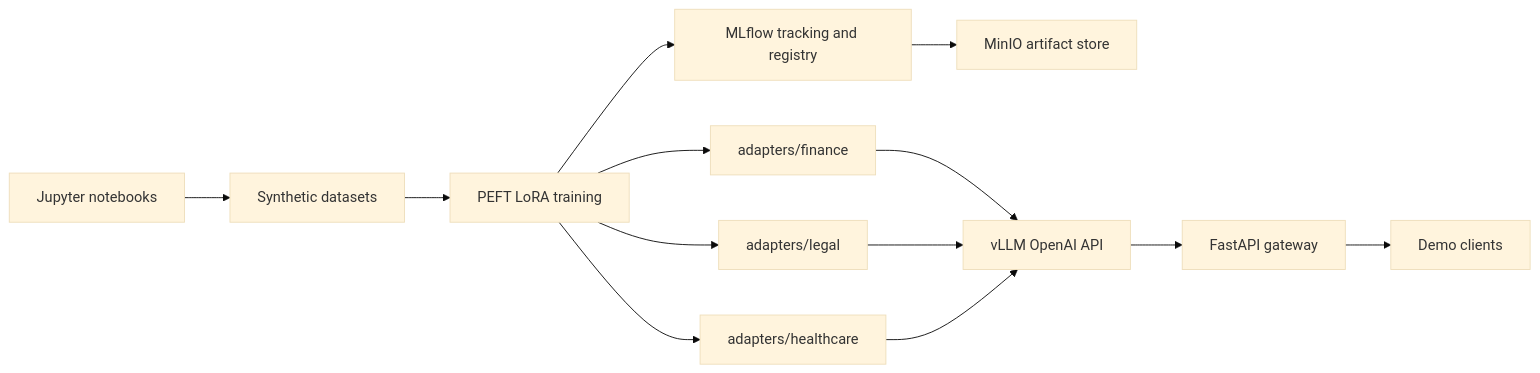
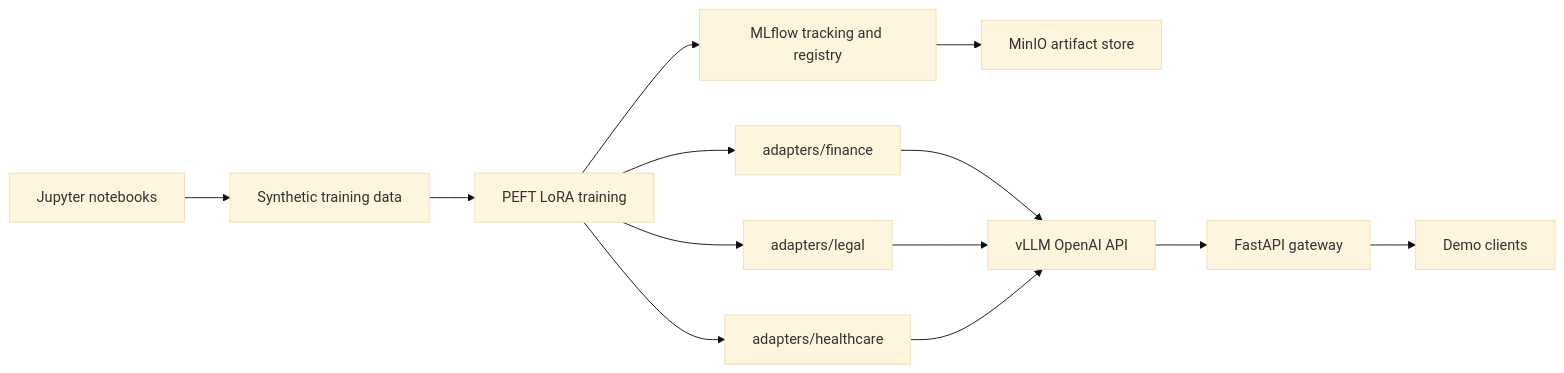
One commit to Vincent-Charbonnier/llmops-demo changed the diagram in README.md. Above: the diagram before and after it, drawn with Mermaid (base theme). The commit also changed other lines of this file and 25 other files, not shown here.

````diff
--- a/README.md
+++ b/README.md
@@ -7,15 +7,15 @@
 ```mermaid
 flowchart LR
-    A[Jupyter notebooks] --> B[Synthetic datasets]
+    A[Jupyter notebooks] --> B[Synthetic training data]
     B --> C[PEFT LoRA training]
     C --> D[adapters/finance]
     C --> E[adapters/legal]
     C --> F[adapters/healthcare]
     C --> G[MLflow tracking and registry]
     G --> H[MinIO artifact store]
     D --> I[vLLM OpenAI API]
     E --> I
     F --> I
     I --> J[FastAPI gateway]
     J --> K[Demo clients]
 ```
````
